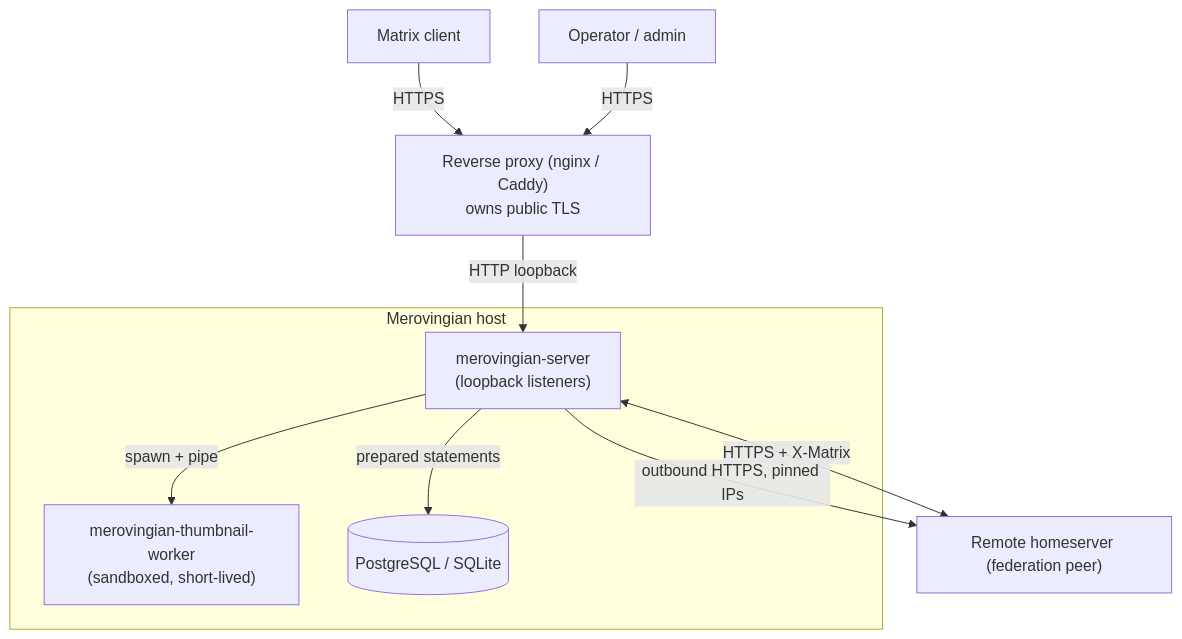
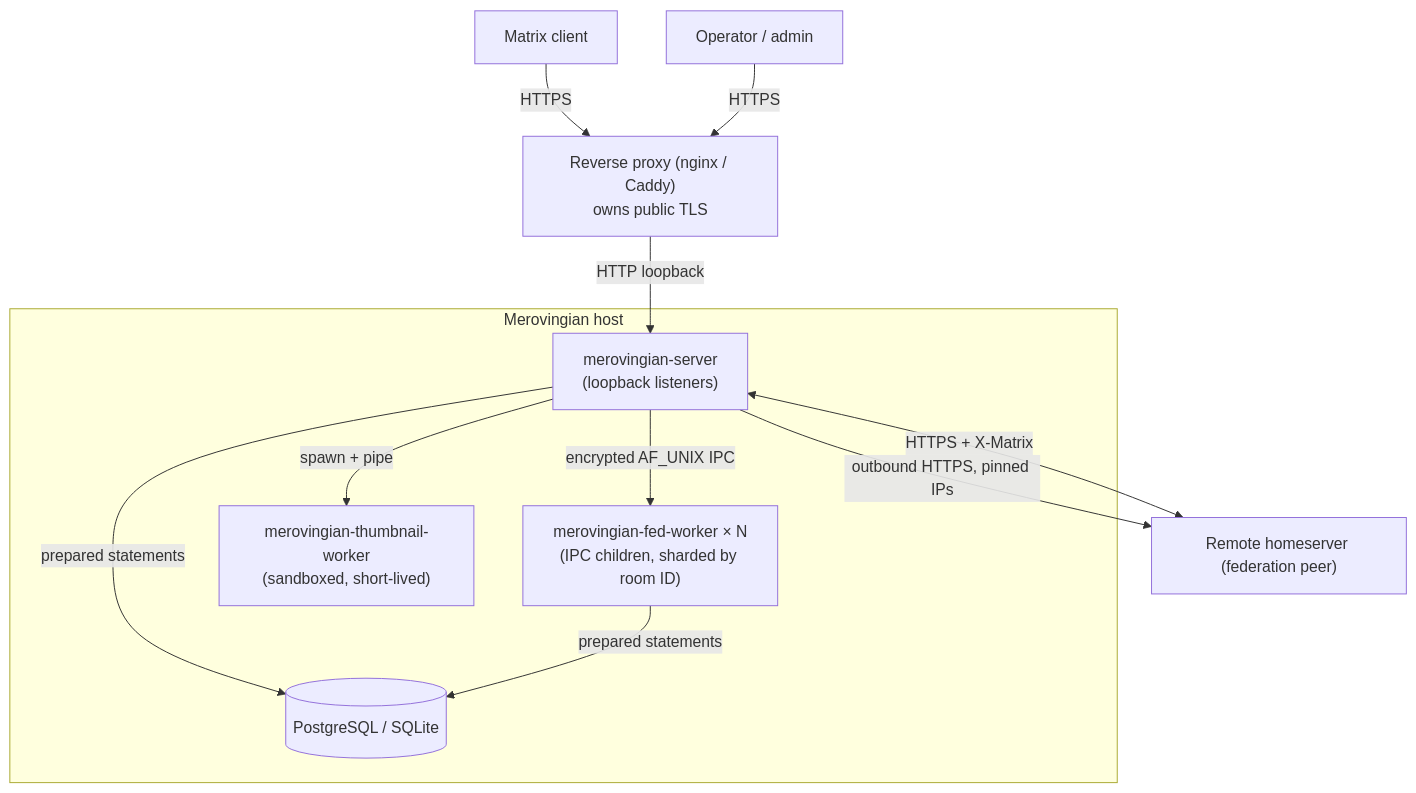
Before and after one commit to OMG-Software/Merovingian: the first of 6 diagrams in docs/architecture.md, drawn with Mermaid. The commit also changed other lines of this file and 188 other files, not shown here.

First line of the commit message:
feat(federation): sign-back channel, room-sharded workers, and exhaustive tests (v0.10.3) (#314)

````diff
--- a/docs/architecture.md
+++ b/docs/architecture.md
@@ -19,21 +19,24 @@
 ```mermaid
 flowchart TB
     client["Matrix client"]
     remote["Remote homeserver (federation peer)"]
     admin["Operator / admin"]
     proxy["Reverse proxy (nginx / Caddy)<br/>owns public TLS"]
 
     subgraph host["Merovingian host"]
         server["merovingian-server<br/>(loopback listeners)"]
-        worker["merovingian-thumbnail-worker<br/>(sandboxed, short-lived)"]
+        fedworker["merovingian-fed-worker × N<br/>(IPC children, sharded by room ID)"]
+        thumbnail["merovingian-thumbnail-worker<br/>(sandboxed, short-lived)"]
         db[("PostgreSQL / SQLite")]
     end
 
     client -->|HTTPS| proxy
     admin -->|HTTPS| proxy
     proxy -->|HTTP loopback| server
     remote <-->|HTTPS + X-Matrix| server
-    server -->|spawn + pipe| worker
+    server -->|encrypted AF_UNIX IPC| fedworker
+    server -->|spawn + pipe| thumbnail
     server -->|prepared statements| db
+    fedworker -->|prepared statements| db
     server -->|outbound HTTPS, pinned IPs| remote
 ```
````
